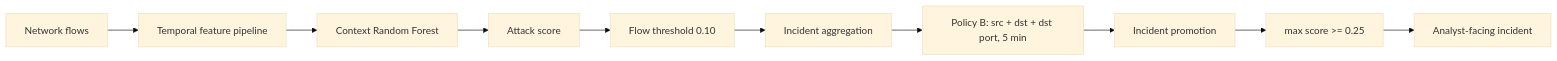
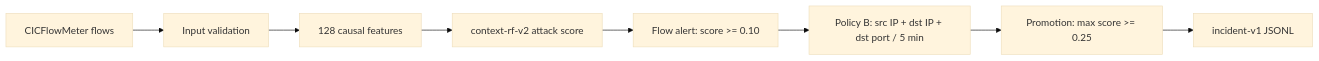
The diagram in README.md (ibondarenko1/security-anomaly-ml), drawn with Mermaid (base theme) before and after one commit. The commit also changed other lines of this file and 7 other files, not shown here.

````diff
--- a/README.md
+++ b/README.md
@@ -13,12 +56,10 @@
 ```mermaid
 flowchart LR
-    A[Network flows] --> B[Temporal feature pipeline]
-    B --> C[Context Random Forest]
-    C --> D[Attack score]
-    D --> E[Flow threshold 0.10]
-    E --> F[Incident aggregation]
-    F --> G[Policy B: src + dst + dst port, 5 min]
-    G --> H[Incident promotion]
-    H --> I[max score >= 0.25]
-    I --> J[Analyst-facing incident]
+    A["CICFlowMeter flows"] --> B["Input validation"]
+    B --> C["128 causal features"]
+    C --> D["context-rf-v2 attack score"]
+    D --> E["Flow alert: score >= 0.10"]
+    E --> F["Policy B: src IP + dst IP + dst port / 5 min"]
+    F --> G["Promotion: max score >= 0.25"]
+    G --> H["incident-v1 JSONL"]
 ```
````
